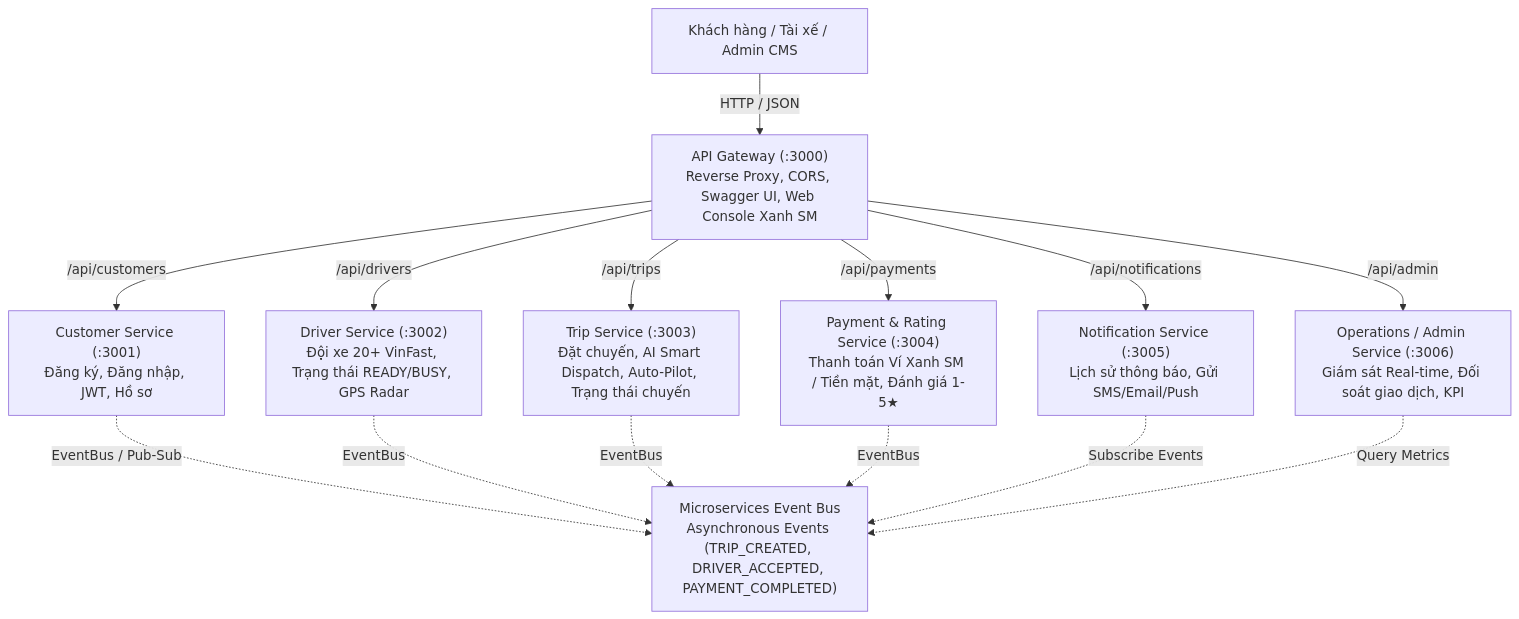
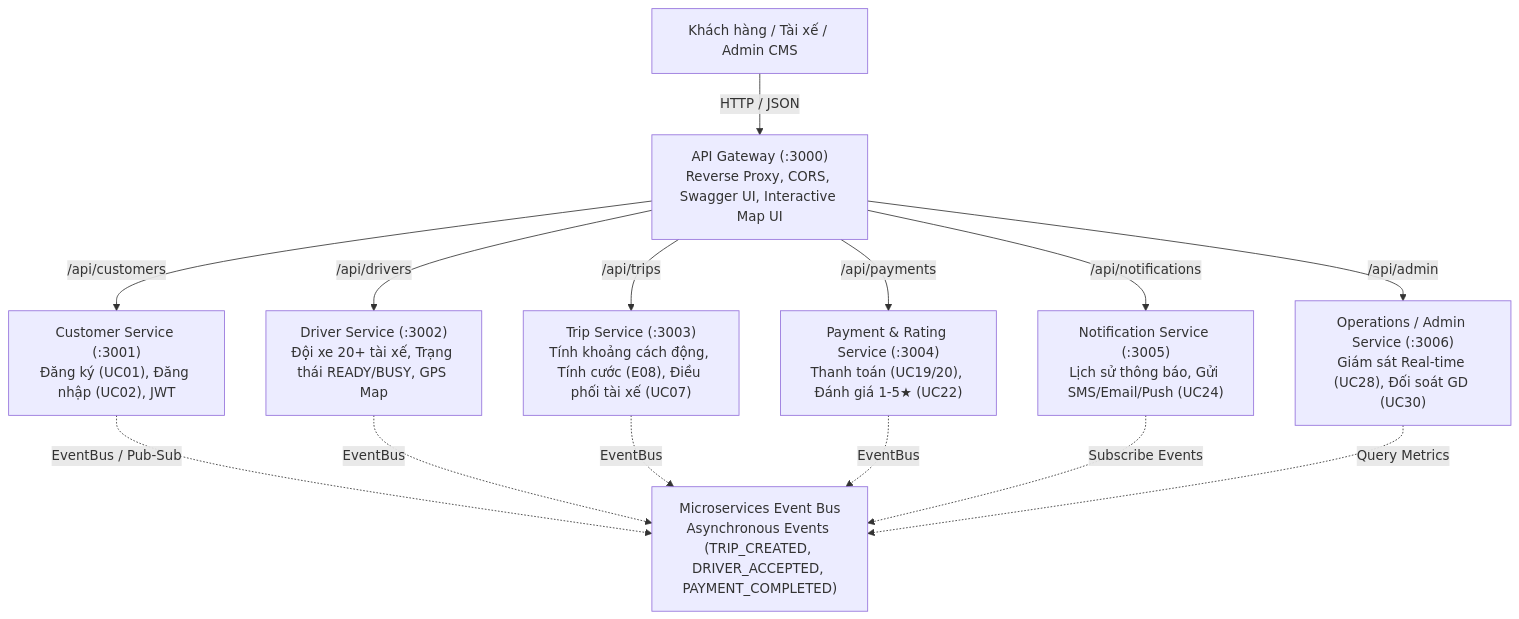
One commit to ThaoNguyen207/23704171_NguyenHoThaoNguyen_CABSYSTEM changed the diagram in README.md. Above: the diagram before and after it, drawn with Mermaid. The commit also changed other lines of this file and 12 other files, not shown here.

Commit message:
feat: implement dynamic geocoding, distance-based fare calculation, interactive Leaflet map, and clean backend business rules

````diff
--- a/README.md
+++ b/README.md
@@ -30,18 +42,18 @@
 ```mermaid
 flowchart TD
-    Client["Khách hàng / Tài xế / Admin CMS"] -->|HTTP / JSON| Gateway["API Gateway (:3000)\nReverse Proxy, CORS, Swagger UI, Web Console Xanh SM"]
+    Client["Khách hàng / Tài xế / Admin CMS"] -->|HTTP / JSON| Gateway["API Gateway (:3000)\nReverse Proxy, CORS, Swagger UI, Interactive Map UI"]
 
-    Gateway -->|/api/customers| S1["Customer Service (:3001)\nĐăng ký, Đăng nhập, JWT, Hồ sơ"]
-    Gateway -->|/api/drivers| S2["Driver Service (:3002)\nĐội xe 20+ VinFast, Trạng thái READY/BUSY, GPS Radar"]
-    Gateway -->|/api/trips| S3["Trip Service (:3003)\nĐặt chuyến, AI Smart Dispatch, Auto-Pilot, Trạng thái chuyến"]
-    Gateway -->|/api/payments| S4["Payment & Rating Service (:3004)\nThanh toán Ví Xanh SM / Tiền mặt, Đánh giá 1-5★"]
-    Gateway -->|/api/notifications| S5["Notification Service (:3005)\nLịch sử thông báo, Gửi SMS/Email/Push"]
-    Gateway -->|/api/admin| S6["Operations / Admin Service (:3006)\nGiám sát Real-time, Đối soát giao dịch, KPI"]
+    Gateway -->|/api/customers| S1["Customer Service (:3001)\nĐăng ký (UC01), Đăng nhập (UC02), JWT"]
+    Gateway -->|/api/drivers| S2["Driver Service (:3002)\nĐội xe 20+ tài xế, Trạng thái READY/BUSY, GPS Map"]
+    Gateway -->|/api/trips| S3["Trip Service (:3003)\nTính khoảng cách động, Tính cước (E08), Điều phối tài xế (UC07)"]
+    Gateway -->|/api/payments| S4["Payment & Rating Service (:3004)\nThanh toán (UC19/20), Đánh giá 1-5★ (UC22)"]
+    Gateway -->|/api/notifications| S5["Notification Service (:3005)\nLịch sử thông báo, Gửi SMS/Email/Push (UC24)"]
+    Gateway -->|/api/admin| S6["Operations / Admin Service (:3006)\nGiám sát Real-time (UC28), Đối soát GD (UC30)"]
 
     S1 -.->|EventBus / Pub-Sub| EventBus["Microservices Event Bus\nAsynchronous Events (TRIP_CREATED, DRIVER_ACCEPTED, PAYMENT_COMPLETED)"]
     S2 -.->|EventBus| EventBus
     S3 -.->|EventBus| EventBus
     S4 -.->|EventBus| EventBus
     S5 -.->|Subscribe Events| EventBus
     S6 -.->|Query Metrics| EventBus
 ```
````
